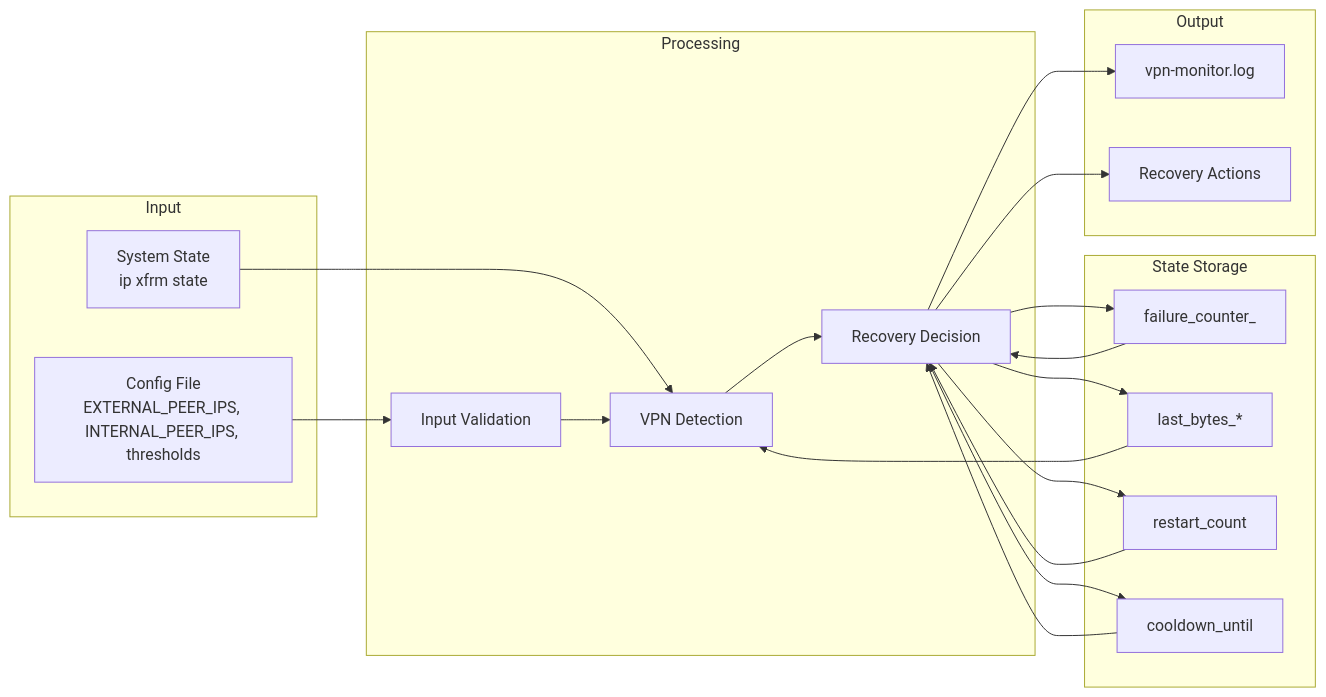
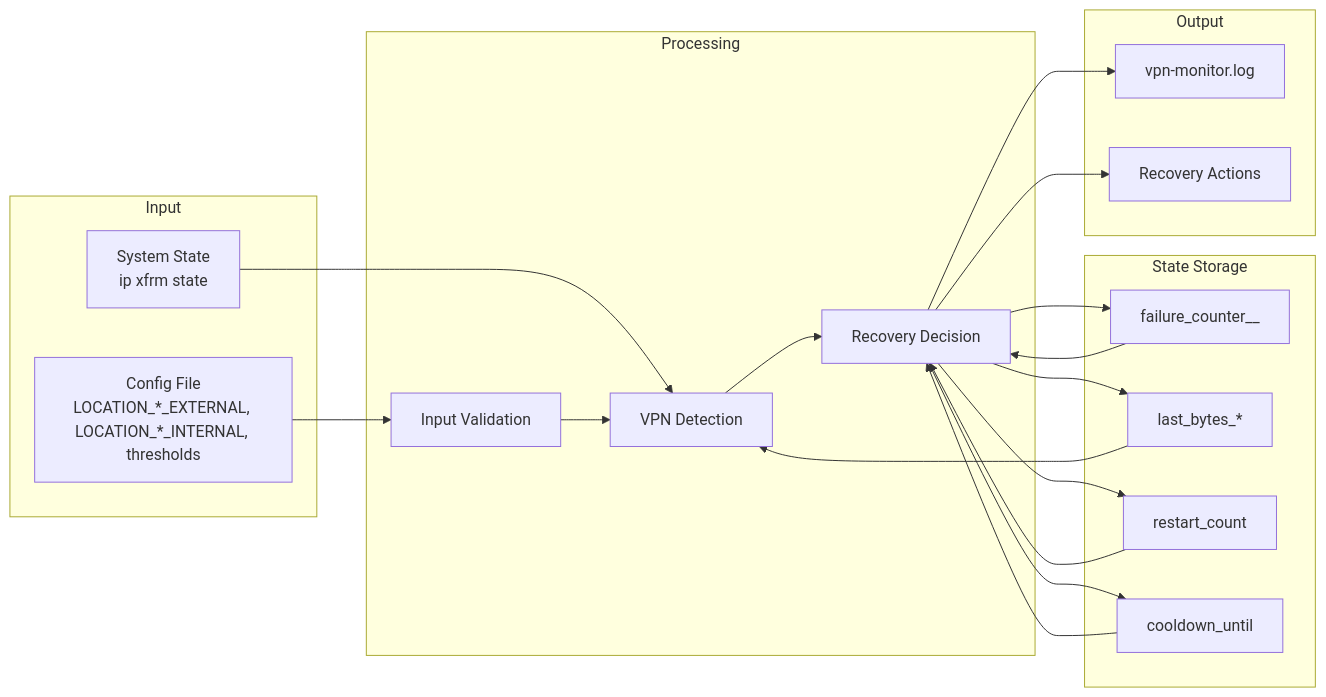
Before and after one commit to Eccentric-Quality-Solutions/udm-vpn-monitor: the fifth of 6 diagrams in docs/ARCHITECTURE.md, drawn with Mermaid. The commit also changed other lines of this file and 135 other files, not shown here.

````diff
--- a/docs/ARCHITECTURE.md
+++ b/docs/ARCHITECTURE.md
@@ -340,40 +371,40 @@
 ```mermaid
 graph LR
     subgraph "Input"
-        ConfigFile[Config File<br/>EXTERNAL_PEER_IPS, INTERNAL_PEER_IPS, thresholds]
+        ConfigFile[Config File<br/>LOCATION_*_EXTERNAL, LOCATION_*_INTERNAL, thresholds]
         XfrmState[System State<br/>ip xfrm state]
     end
     
     subgraph "Processing"
         Validation[Input Validation]
         Detection[VPN Detection]
         Decision[Recovery Decision]
     end
     
     subgraph "State Storage"
-        FailureCounter[failure_counter_<peer_ip>]
+        FailureCounter[failure_counter_<location>_<peer_ip>]
         ByteFiles[last_bytes_*]
         RestartLog[restart_count]
         CooldownFile[cooldown_until]
     end
     
     subgraph "Output"
         LogFile[vpn-monitor.log]
         Actions[Recovery Actions]
     end
     
     ConfigFile --> Validation
     XfrmState --> Detection
     Validation --> Detection
     Detection --> Decision
     Decision --> FailureCounter
     Decision --> ByteFiles
     Decision --> RestartLog
     Decision --> CooldownFile
     Decision --> LogFile
     Decision --> Actions
     FailureCounter --> Decision
     ByteFiles --> Detection
     RestartLog --> Decision
     CooldownFile --> Decision
 ```
````
